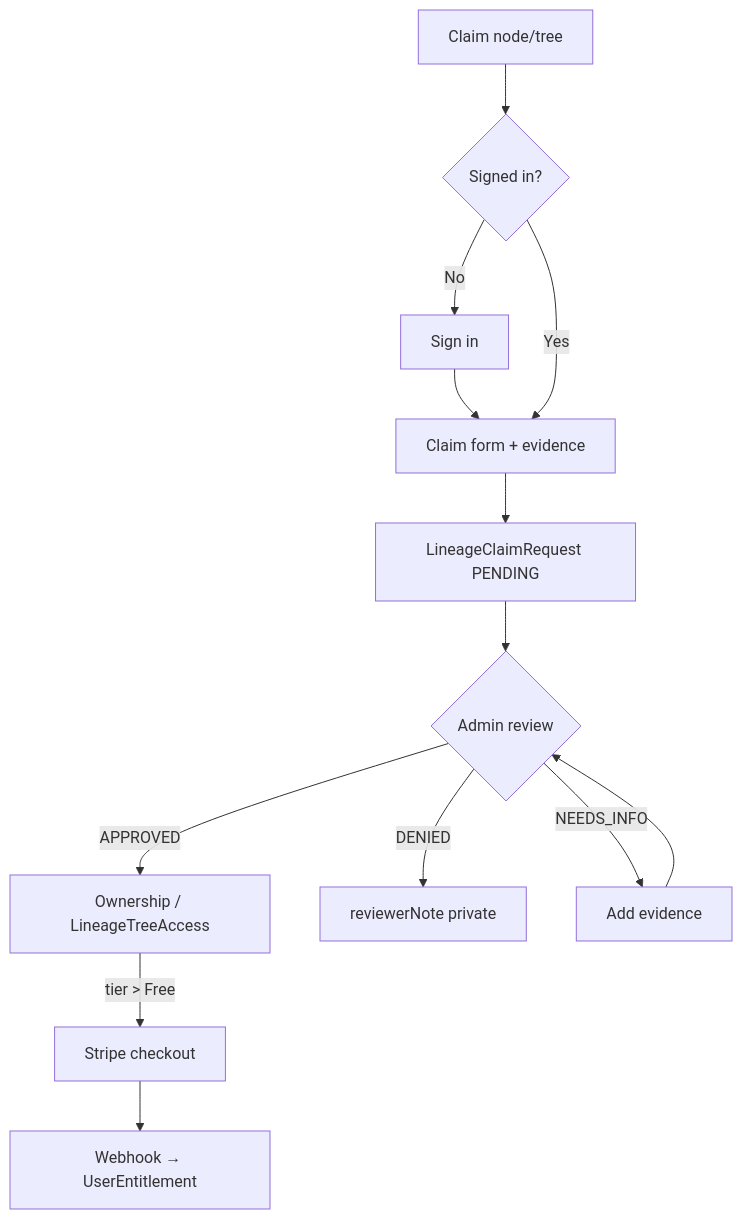
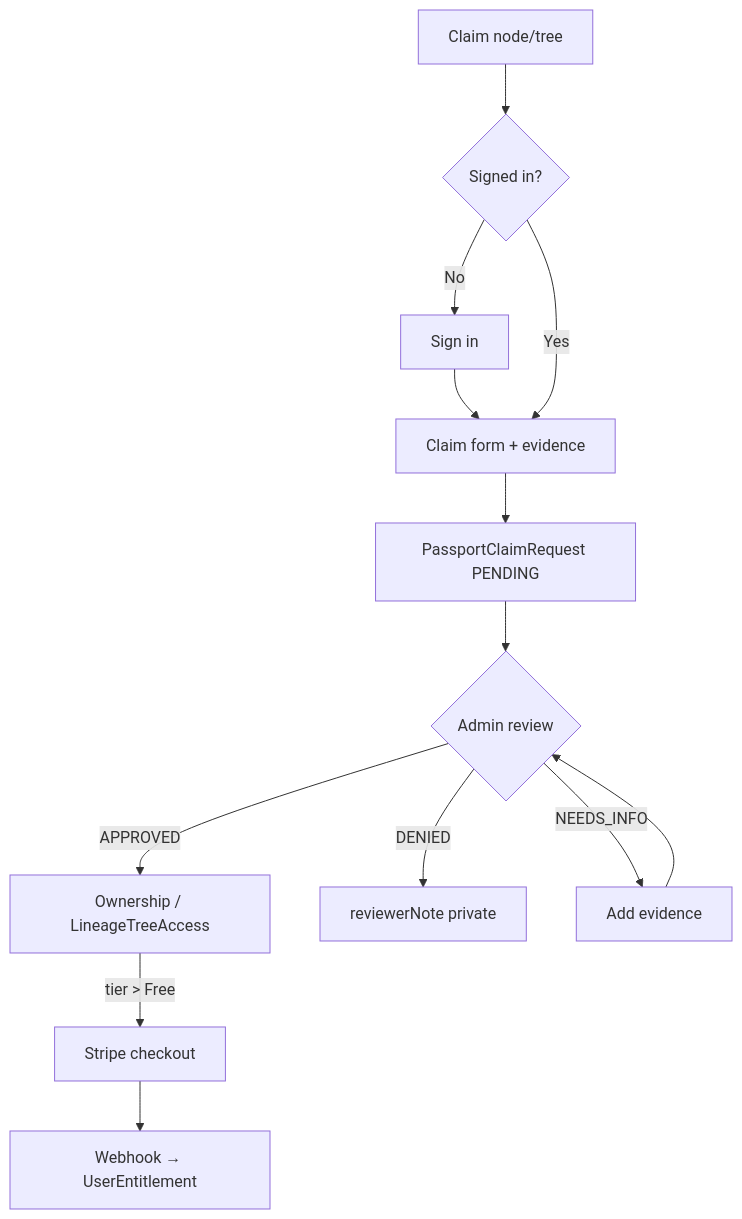
One commit to Ronin-Dojo-Design/ronin-dojo-baseline changed the fourth of 4 diagrams in docs/runbooks/sops/lineage-data-wiring-flow.md. Above: the diagram before and after it, drawn with Mermaid. The commit also changed other lines of this file and 21 other files, not shown here.

````diff
--- a/docs/runbooks/sops/lineage-data-wiring-flow.md
+++ b/docs/runbooks/sops/lineage-data-wiring-flow.md
@@ -223,12 +225,12 @@
 ```mermaid
 flowchart TD
     C[Claim node/tree] --> A{Signed in?}
     A -->|No| SI[Sign in] --> F[Claim form + evidence]
     A -->|Yes| F
-    F --> CRR[LineageClaimRequest PENDING]
+    F --> CRR[PassportClaimRequest PENDING]
     CRR --> REV{Admin review}
     REV -->|APPROVED| OWN[Ownership / LineageTreeAccess]
     REV -->|DENIED| REJ[reviewerNote private]
     REV -->|NEEDS_INFO| MORE[Add evidence] --> REV
     OWN -->|tier > Free| CHK[Stripe checkout] --> WH[Webhook → UserEntitlement]
 ```
````
